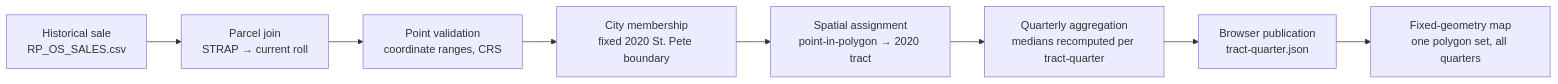
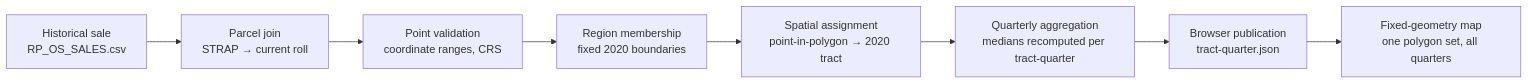
One commit to Cllezark/realEstateHistory changed the diagram in docs/historical-geography-methodology.md. Above: the diagram before and after it, drawn with Mermaid. The commit also changed other lines of this file and 25 other files, not shown here.

````diff
--- a/docs/historical-geography-methodology.md
+++ b/docs/historical-geography-methodology.md
@@ -11,10 +11,10 @@
 ```mermaid
 flowchart LR
     A[Historical sale\nRP_OS_SALES.csv] --> B[Parcel join\nSTRAP → current roll]
     B --> C[Point validation\ncoordinate ranges, CRS]
-    C --> D[City membership\nfixed 2020 St. Pete boundary]
+    C --> D[Region membership\nfixed 2020 boundaries]
     D --> E[Spatial assignment\npoint-in-polygon → 2020 tract]
     E --> F[Quarterly aggregation\nmedians recomputed per tract-quarter]
     F --> G[Browser publication\ntract-quarter.json]
     G --> H[Fixed-geometry map\none polygon set, all quarters]
 ```
````
